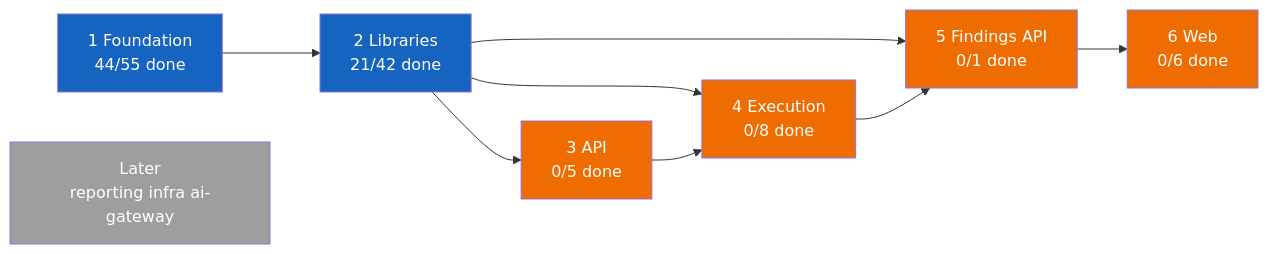
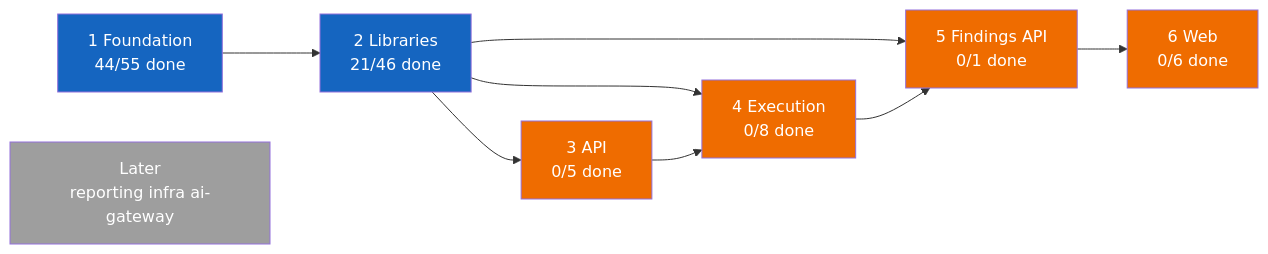
The first of 2 diagrams in PROGRESS.md (vulcanflow/docs), drawn with Mermaid before and after one commit. The commit also changed other lines of this file and 1 other file, not shown here.

````diff
--- a/PROGRESS.md
+++ b/PROGRESS.md
@@ -24,31 +24,31 @@
 ```mermaid
 flowchart LR
   P1["1 Foundation<br/>44/55 done"]
-  P2["2 Libraries<br/>21/42 done"]
+  P2["2 Libraries<br/>21/46 done"]
   P3["3 API<br/>0/5 done"]
   P4["4 Execution<br/>0/8 done"]
   P5["5 Findings API<br/>0/1 done"]
   P6["6 Web<br/>0/6 done"]
   L["Later<br/>reporting infra ai-gateway"]
 
   P1 --> P2
   P2 --> P3
   P2 --> P4
   P3 --> P4
   P2 --> P5
   P4 --> P5
   P5 --> P6
 
   classDef done fill:#2e7d32,color:#fff
   classDef active fill:#1565c0,color:#fff
   classDef held fill:#9e9e9e,color:#fff
   classDef blocked fill:#ef6c00,color:#fff
 
   class P1 active
   class P2 active
   class P3 blocked
   class P4 blocked
   class P5 blocked
   class P6 blocked
   class L held
 ```
````
